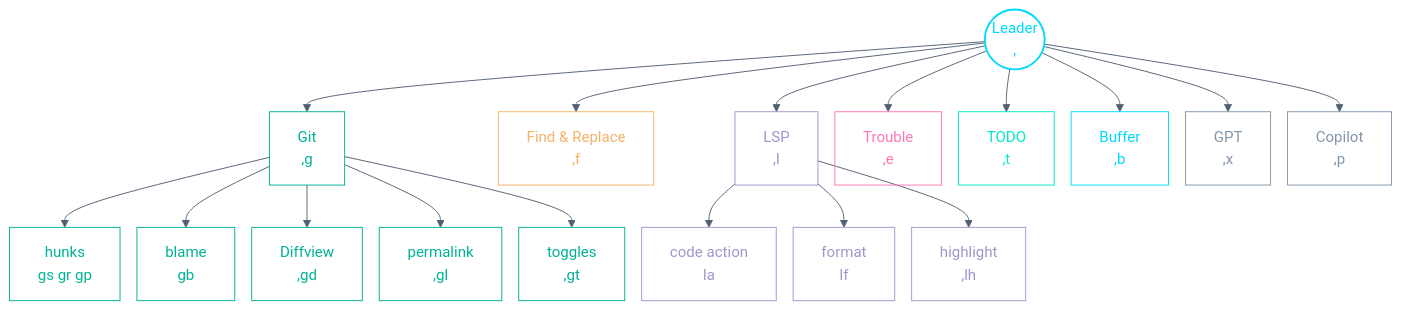
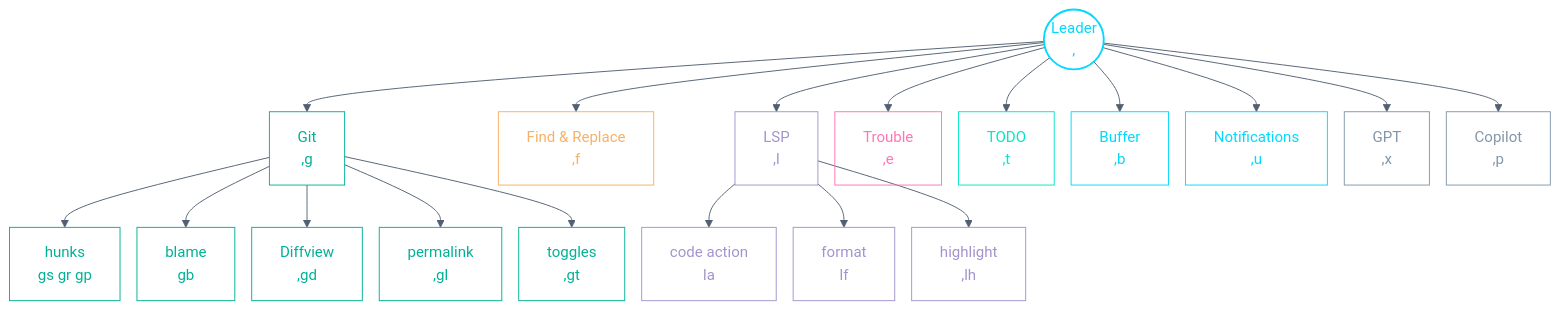
Before and after one commit to hallaji/dotfiles: the first of 2 diagrams in docs/NEOVIM.md, drawn with Mermaid (base theme). The commit also changed other lines of this file and 5 other files, not shown here.

````diff
--- a/docs/NEOVIM.md
+++ b/docs/NEOVIM.md
@@ -42,36 +42,37 @@
 ```mermaid
 %%{init: {'flowchart': {'nodeSpacing': 18, 'rankSpacing': 45}}}%%
 flowchart TD
     leader(("Leader<br/>,")):::core
 
     leader --> git["Git<br/>,g"]:::git
     git --> git1["hunks<br/>gs gr gp"]:::git
     git --> git2["blame<br/>gb"]:::git
     git --> git3["Diffview<br/>,gd"]:::git
     git --> git4["permalink<br/>,gl"]:::git
     git --> git5["toggles<br/>,gt"]:::git
 
     leader --> find["Find & Replace<br/>,f"]:::find
     leader --> lsp["LSP<br/>,l"]:::lsp
     lsp --> lsp1["code action<br/>la"]:::lsp
     lsp --> lsp2["format<br/>lf"]:::lsp
     lsp --> lsp3["highlight<br/>,lh"]:::lsp
     leader --> trouble["Trouble<br/>,e"]:::trouble
     leader --> todo["TODO<br/>,t"]:::todo
     leader --> buffer["Buffer<br/>,b"]:::buffer
+    leader --> notif["Notifications<br/>,u"]:::buffer
     leader --> gpt["GPT<br/>,x"]:::ai
     leader --> copilot["Copilot<br/>,p"]:::ai
 
     %% Colors from config/env/.env palette (see docs/ARCHITECTURE.md):
     %% core=#02d9fe  git=#00b196  find=#f5b168  lsp=#a394cd
     %% trouble=#ff75b5  todo=#00e8c6  ai=#8296aa  links=#515f72
     classDef core fill:transparent,stroke:#02d9fe,stroke-width:2px,color:#02d9fe
     classDef git fill:transparent,stroke:#00b196,color:#00b196
     classDef find fill:transparent,stroke:#f5b168,color:#f5b168
     classDef lsp fill:transparent,stroke:#a394cd,color:#a394cd
     classDef trouble fill:transparent,stroke:#ff75b5,color:#ff75b5
     classDef todo fill:transparent,stroke:#00e8c6,color:#00e8c6
     classDef buffer fill:transparent,stroke:#02d9fe,color:#02d9fe
     classDef ai fill:transparent,stroke:#8296aa,color:#8296aa
     linkStyle default stroke:#515f72,color:#8296aa
 ```
````
